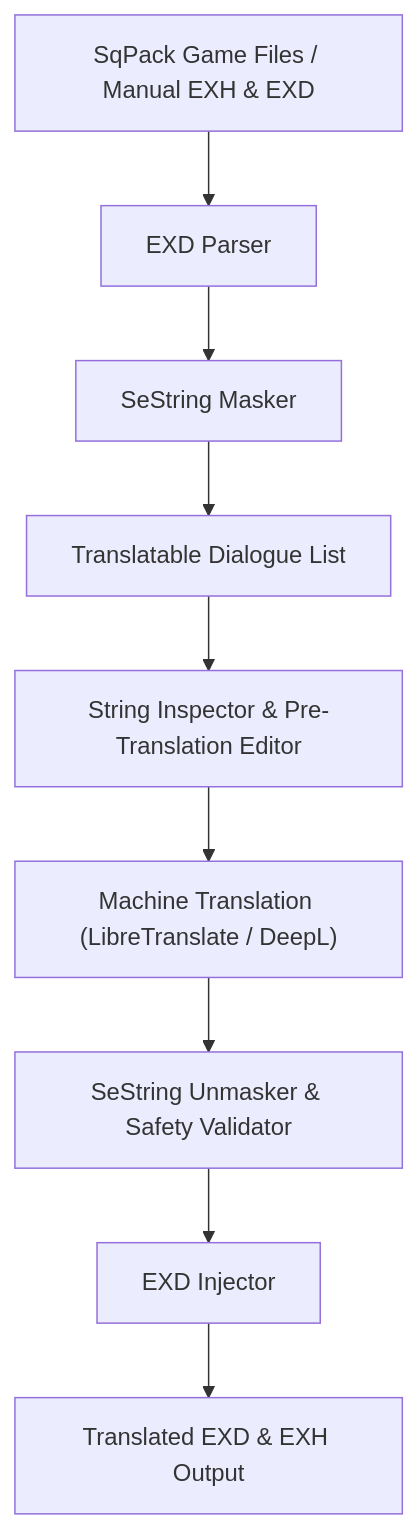
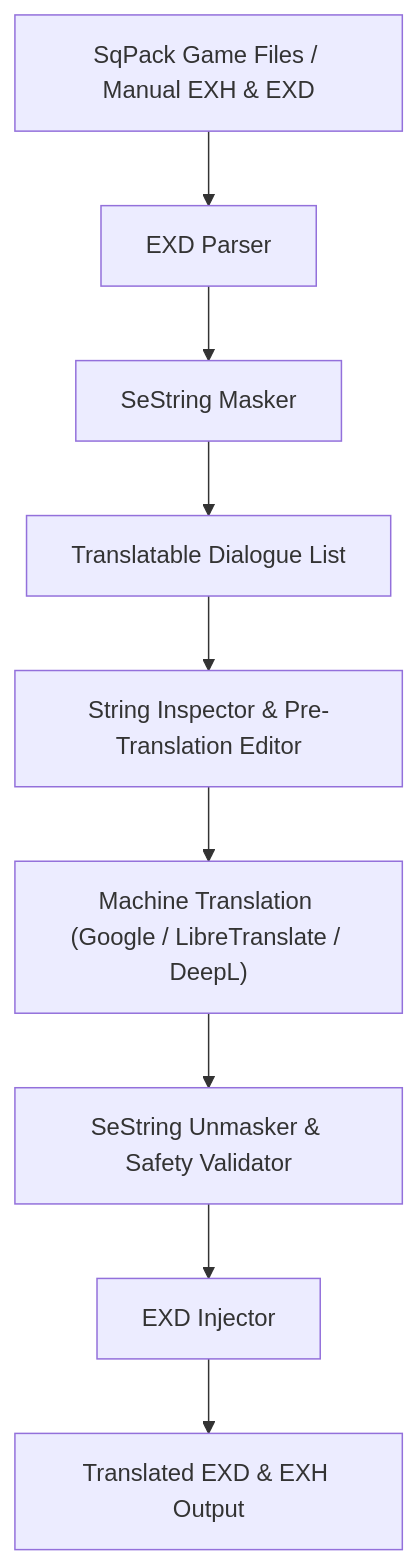
One commit to Keyain-Zasky/Interpresona changed the diagram in README.md. Above: the diagram before and after it, drawn with Mermaid. The commit also changed other lines of this file and 3 other files, not shown here.

Commit message:
Add Google Translate Free API backend and Rate Limiting preset controls (v1.9.29)

````diff
--- a/README.md
+++ b/README.md
@@ -34,11 +38,11 @@
 ```mermaid
 graph TD
     A["SqPack Game Files / Manual EXH & EXD"] --> B["EXD Parser"]
     B --> C["SeString Masker"]
     C --> D["Translatable Dialogue List"]
     D --> E["String Inspector & Pre-Translation Editor"]
-    E --> F["Machine Translation (LibreTranslate / DeepL)"]
+    E --> F["Machine Translation (Google / LibreTranslate / DeepL)"]
     F --> G["SeString Unmasker & Safety Validator"]
     G --> H["EXD Injector"]
     H --> I["Translated EXD & EXH Output"]
 ```
````
